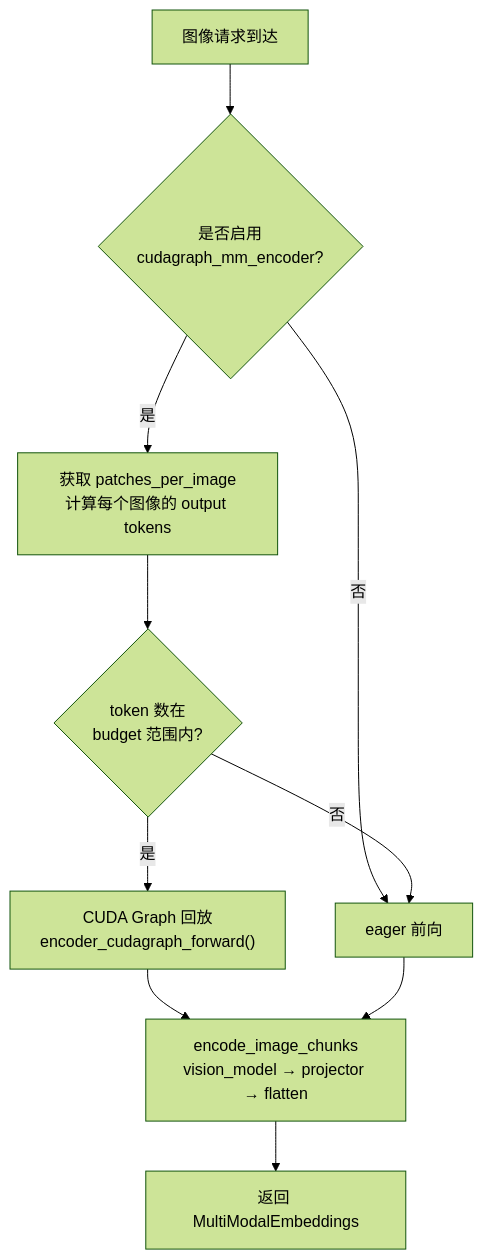
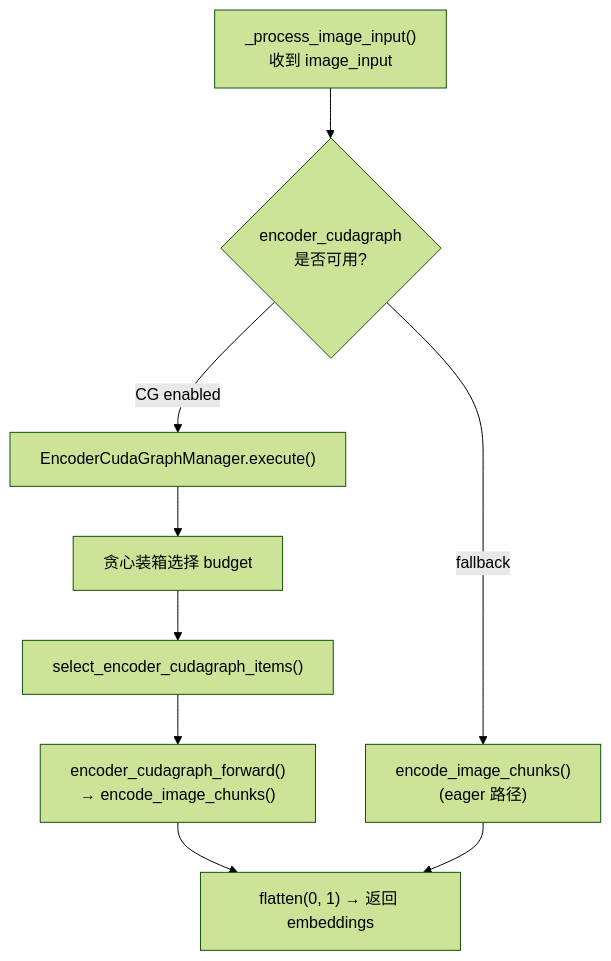
Before and after one commit to shen-shanshan/vllm-dev-skills: the second of 3 diagrams in skills/vllm-pr-summary/outputs/pr-40660-summary.md, drawn with Mermaid (forest theme). The commit also changed other lines of this file and 12 other files, not shown here.

````diff
--- a/skills/vllm-pr-summary/outputs/pr-40660-summary.md
+++ b/skills/vllm-pr-summary/outputs/pr-40660-summary.md
@@ -73,12 +73,11 @@
 ```mermaid
 flowchart TD
-    A[图像请求到达] --> B{是否启用<br/>cudagraph_mm_encoder?}
-    B -->|否| EAGER[eager 前向]
-    B -->|是| C[获取 patches_per_image<br/>计算每个图像的 output tokens]
-    C --> D{token 数在<br/>budget 范围内?}
-    D -->|是| CG["CUDA Graph 回放<br/>encoder_cudagraph_forward()"]
-    D -->|否| EAGER
-    CG --> F[encode_image_chunks<br/>vision_model → projector → flatten]
-    EAGER --> F
-    F --> G[返回 MultiModalEmbeddings]
+    A["_process_image_input()<br/>收到 image_input"] --> B{encoder_cudagraph<br/>是否可用?}
+    B -->|CG enabled| C["EncoderCudaGraphManager.execute()"]
+    B -->|fallback| D["encode_image_chunks()<br/>(eager 路径)"]
+    C --> E["贪心装箱选择 budget"]
+    E --> F["select_encoder_cudagraph_items()"]
+    F --> G["encoder_cudagraph_forward()<br/>→ encode_image_chunks()"]
+    G --> H["flatten(0, 1) → 返回 embeddings"]
+    D --> H
 ```
````
